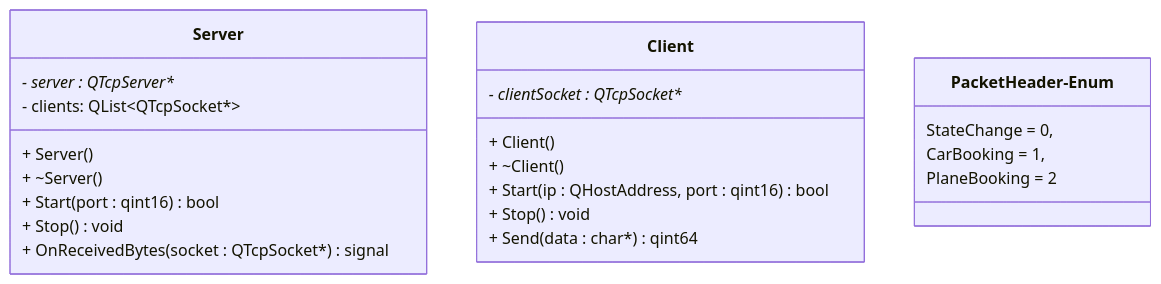
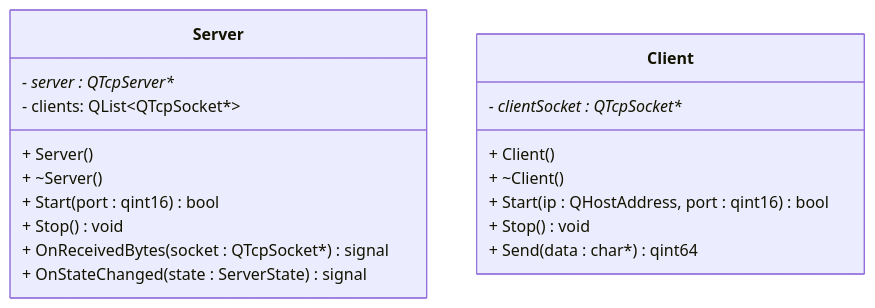
The second of 4 diagrams in README.md (SUP3RBOB/project4_section1_group4), drawn with Mermaid before and after one commit. The commit also changed other lines of this file, not shown here.

````diff
--- a/README.md
+++ b/README.md
@@ -64,28 +64,24 @@
 ```mermaid
     classDiagram
         class Server {
             + Server()
             + ~Server()
             - server : QTcpServer**
             - clients: QList<<huh>QTcpSocket*>
             + Start(port : qint16) bool
             + Stop() void
-
             + OnReceivedBytes(socket : QTcpSocket*) signal
+            + OnStateChanged(state : ServerState) signal
         }
 
         class Client {
             + Client()
             + ~Client()
             - clientSocket : QTcpSocket**
             + Start(ip : QHostAddress, port : qint16) bool
             + Stop() void
             + Send(data : char*) qint64
         }
 
-        class PacketHeader - Enum {
-            StateChange = 0,
-            CarBooking = 1,
-            PlaneBooking = 2
-        }
+        
 ```
````
